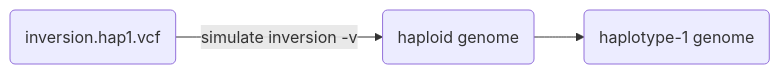
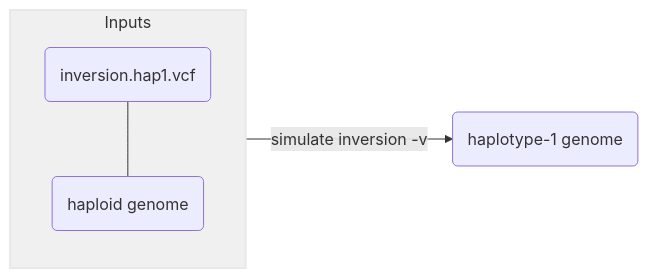
The second of 5 diagrams in Modules/Simulate/simulate-variants.md (pdimens/harpy), drawn with Mermaid before and after one commit. The commit also changed other lines of this file and 10 other files, not shown here.

Commit message:
make all the mermaids nicer

````diff
--- a/Modules/Simulate/simulate-variants.md
+++ b/Modules/Simulate/simulate-variants.md
@@ -225,5 +225,8 @@
 ```mermaid
 graph LR
-    hap1(inversion.hap1.vcf)-->|simulate inversion -v|geno
-    geno(haploid genome)-->genohap1(haplotype-1 genome)
+    subgraph id1 ["Inputs"]
+    hap1(inversion.hap1.vcf)---geno(haploid genome)
+    end
+    id1-->|simulate inversion -v|hapgeno(haplotype-1 genome)
+    style id1 fill:#f0f0f0,stroke:#e8e8e8,stroke-width:2px
 ```
````
